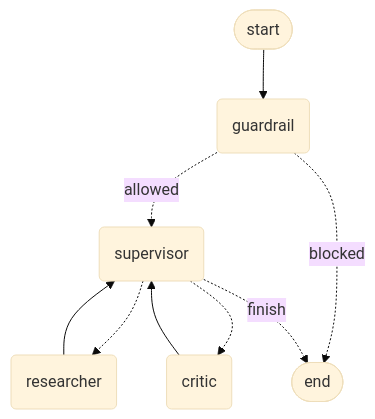
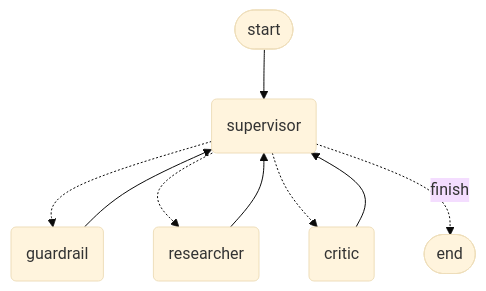
The diagram in README.md (Saad-CEO-AI/langgraph-multiagent-demo), drawn with Mermaid (base theme) before and after one commit. The commit also changed other lines of this file and 5 other files, not shown here.

````diff
--- a/README.md
+++ b/README.md
@@ -37,17 +37,17 @@
 ```mermaid
 graph TD;
 	__start__([start]):::first
+	supervisor(supervisor)
 	guardrail(guardrail)
-	supervisor(supervisor)
 	researcher(researcher)
 	critic(critic)
 	__end__([end]):::last
-	__start__ --> guardrail;
+	__start__ --> supervisor;
 	critic --> supervisor;
+	guardrail --> supervisor;
 	researcher --> supervisor;
-	guardrail -. allowed .-> supervisor;
-	guardrail -. blocked .-> __end__;
+	supervisor -.-> guardrail;
 	supervisor -.-> researcher;
 	supervisor -.-> critic;
 	supervisor -. finish .-> __end__;
 ```
````
